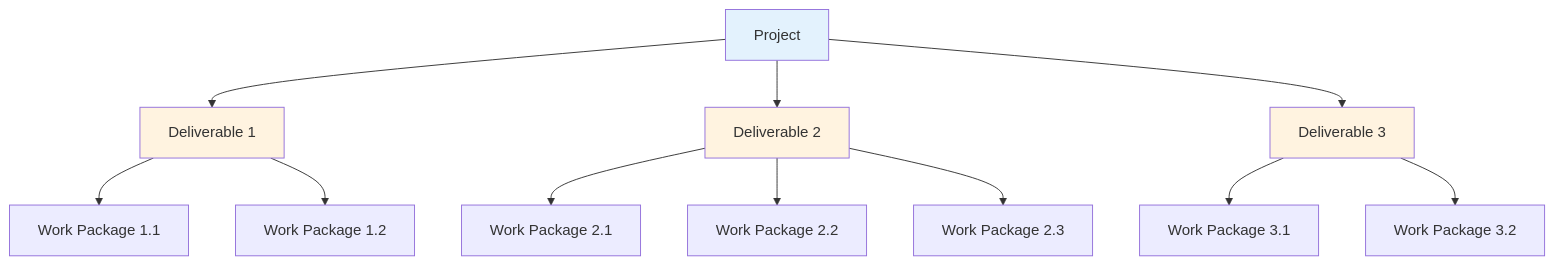
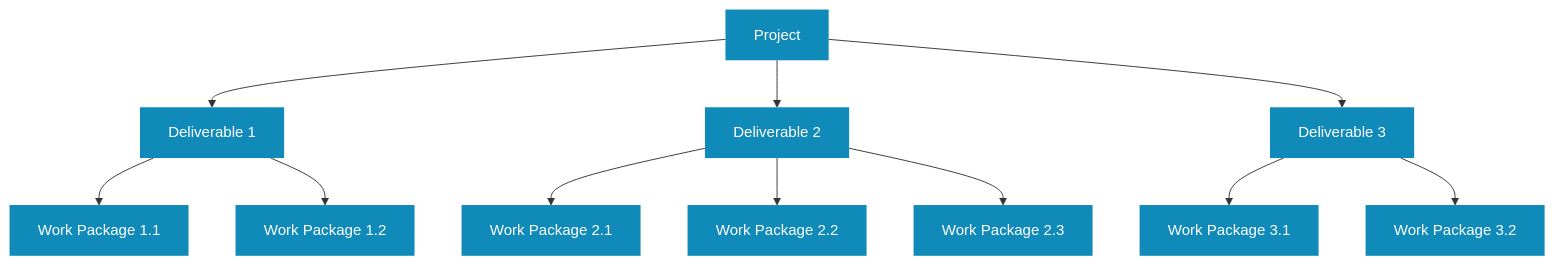
One commit to kevinmcaleer/kevstemplates.com changed the first of 2 diagrams in _pages/planning/wbs.md. Above: the diagram before and after it, drawn with Mermaid. The commit also changed other lines of this file and 72 other files, not shown here.

```diff
--- a/_pages/planning/wbs.md
+++ b/_pages/planning/wbs.md
@@ -36,21 +36,19 @@
 <div class="mermaid">
 flowchart TD
     P[Project] --> D1[Deliverable 1]
     P --> D2[Deliverable 2]
     P --> D3[Deliverable 3]
 
     D1 --> WP1[Work Package 1.1]
     D1 --> WP2[Work Package 1.2]
 
     D2 --> WP3[Work Package 2.1]
     D2 --> WP4[Work Package 2.2]
     D2 --> WP5[Work Package 2.3]
 
     D3 --> WP6[Work Package 3.1]
     D3 --> WP7[Work Package 3.2]
 
-    style P fill:#e3f2fd
-    style D1 fill:#fff3e0
-    style D2 fill:#fff3e0
-    style D3 fill:#fff3e0
+    classDef blue fill:#108BB9,stroke:none,color:#fff
+    class P,D1,D2,D3,WP1,WP2,WP3,WP4,WP5,WP6,WP7 blue
 </div>
```
